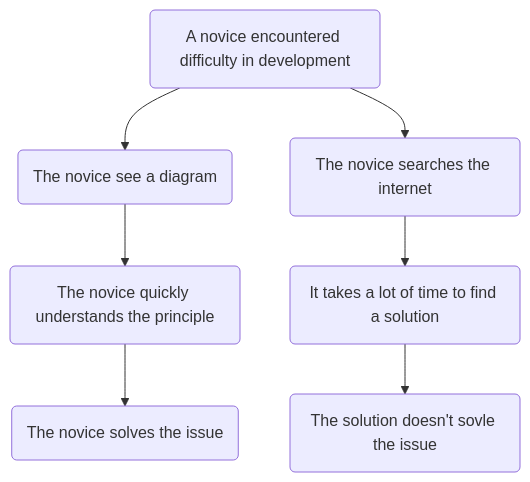
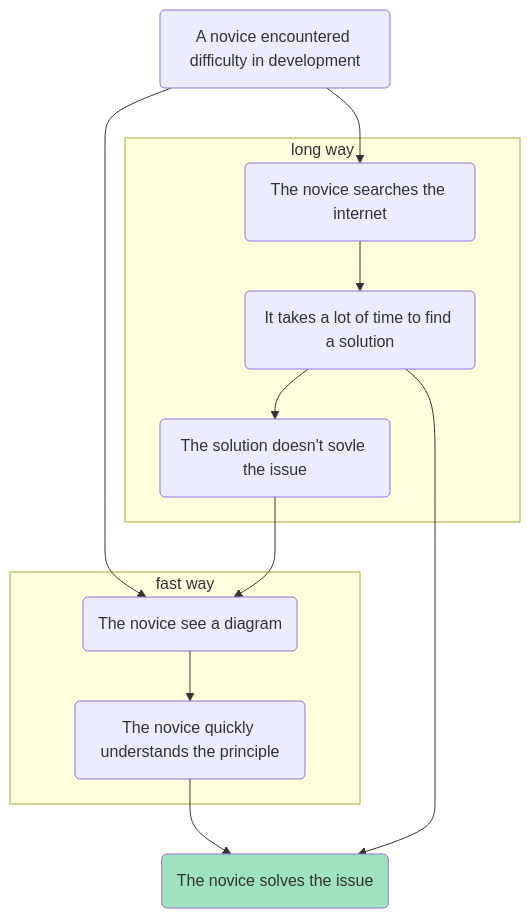
The diagram in README.md (cardinal-II/learn-it-dev-with-diagrams), drawn with Mermaid before and after one commit.

````diff
--- a/README.md
+++ b/README.md
@@ -6,13 +6,23 @@
 ```mermaid
 graph TD;
-    A-->B-->C-->D;
-    A-->E-->F-->G;
-
+    A-->B;
+    subgraph fast way
+    B-->C;
+    end
+    A-->E;
+    subgraph long way
+    E-->F-->G;
+    end
+    C-->D;
+    G-->B;
+    F-->D;
     A(A novice encountered difficulty in development);
     B(The novice see a diagram);
     C(The novice quickly understands the principle);
     D(The novice solves the issue);
     E(The novice searches the internet);
     F(It takes a lot of time to find a solution);
     G(The solution doesn't sovle the issue);
+
+    style D fill:#9FE2BF
 ```
````
